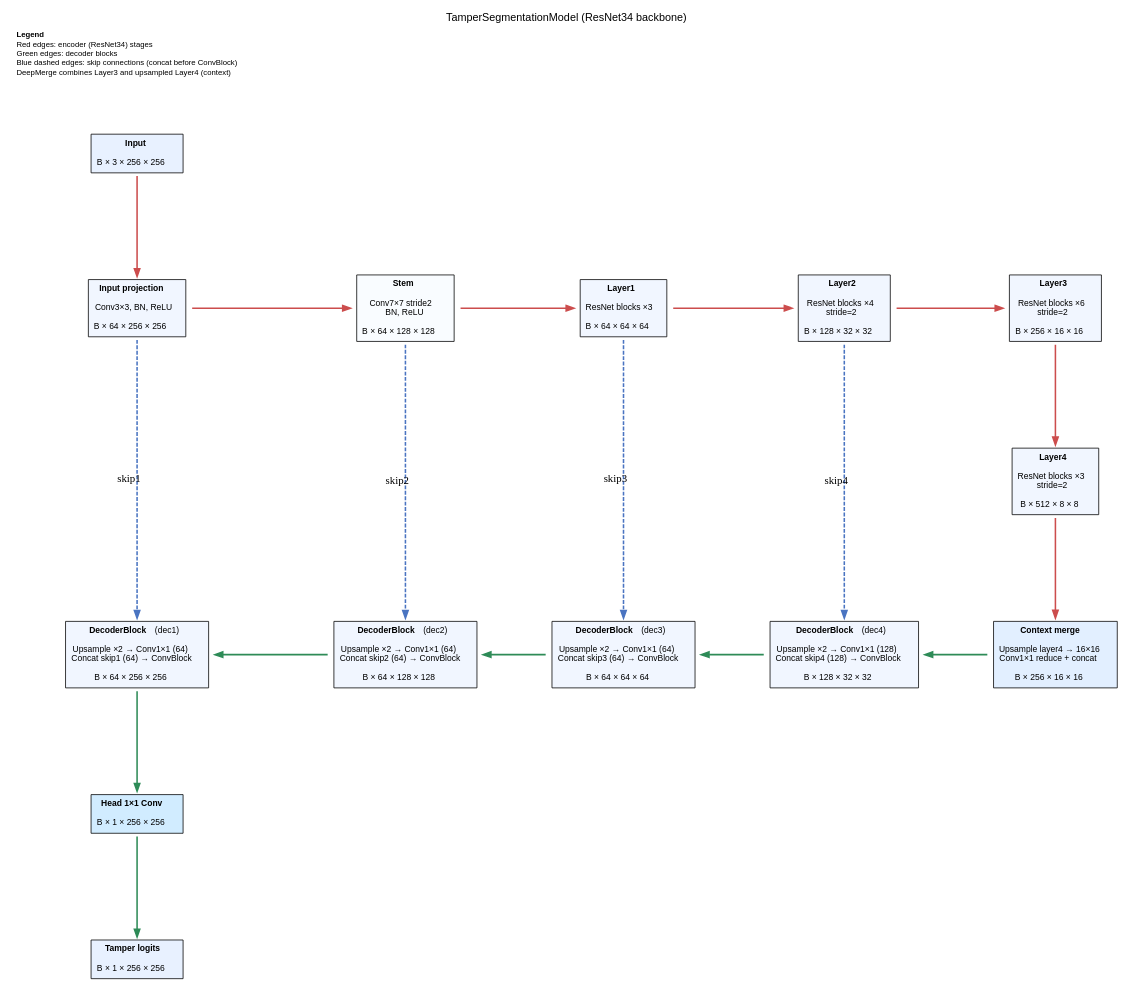
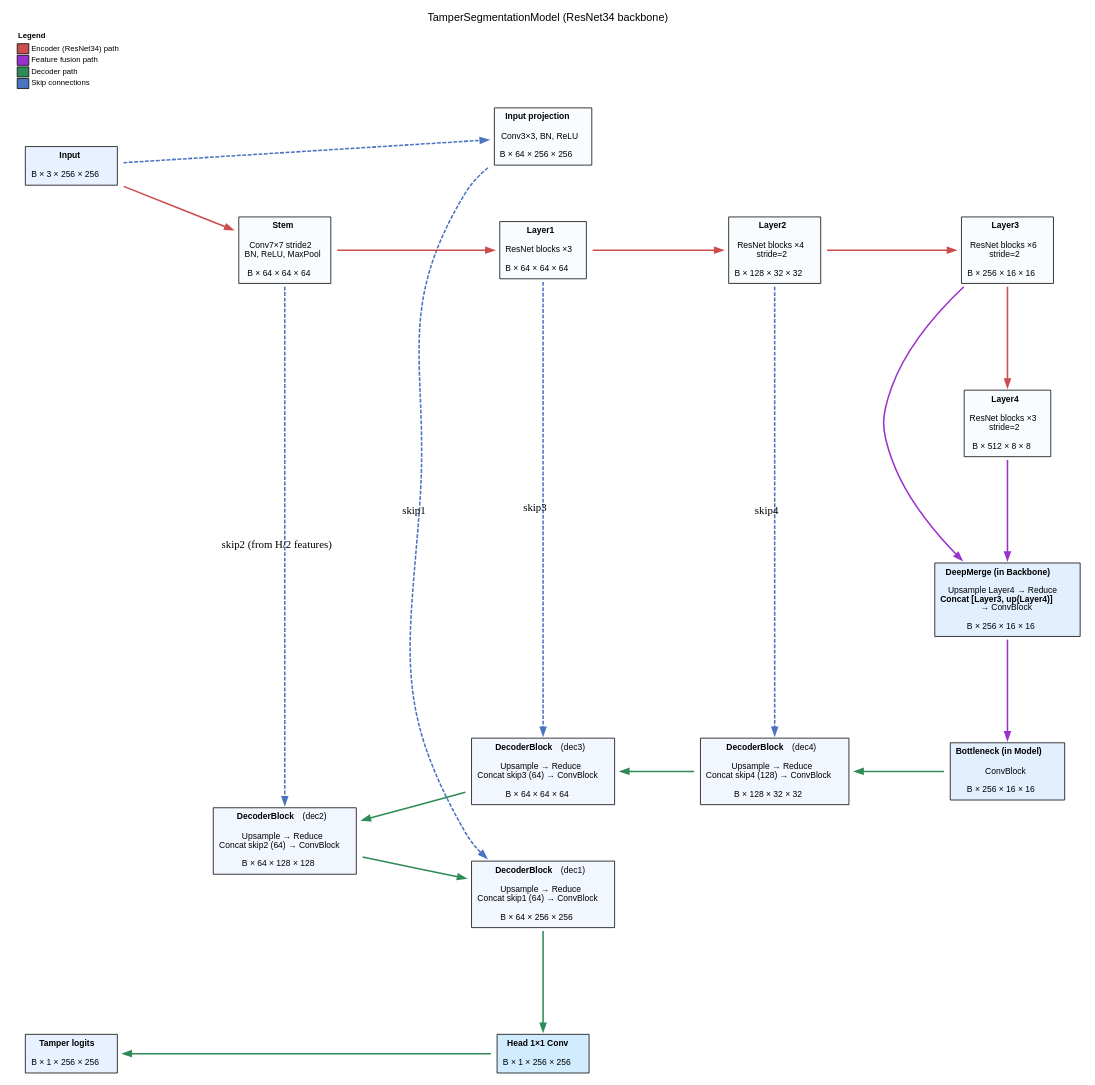
The diagram in docs/figures/TamperSegmentationModel.dot (BjarkeKarlsen/Deep-Learning-for-Visual-Recognition), drawn with Graphviz before and after one commit. The commit also changed 6 other files, not shown here.

Commit message:
improved logging and architecture diagram

```diff
--- a/docs/figures/TamperSegmentationModel.dot
+++ b/docs/figures/TamperSegmentationModel.dot
@@ -1,150 +1,170 @@
 digraph TamperSegmentationModel {
-  graph [rankdir=LR, splines=true, nodesep=0.9, ranksep=1.1,
+  graph [rankdir=LR, splines=true, nodesep=0.9, ranksep=1.3,
          fontname="Helvetica", fontsize=14,
          label="TamperSegmentationModel (ResNet34 backbone)", labelloc="t"];
   node  [shape=plaintext, fontname="Helvetica", fontsize=11];
   edge  [penwidth=2];
 
   // Encoder ---------------------------------------------------------------------
   Input [label=<
     <table border="1" cellborder="0" cellspacing="0" cellpadding="6" bgcolor="#e8f1ff">
       <tr><td><b>Input</b></td></tr>
       <tr><td>B × 3 × 256 × 256</td></tr>
     </table>
   >];
 
   InputProj [label=<
-    <table border="1" cellborder="0" cellspacing="0" cellpadding="6" bgcolor="#f1f6ff">
+    <table border="1" cellborder="0" cellspacing="0" cellpadding="6" bgcolor="#f9fcff">
       <tr><td><b>Input projection</b></td></tr>
       <tr><td>Conv3×3, BN, ReLU</td></tr>
       <tr><td>B × 64 × 256 × 256</td></tr>
     </table>
   >];
 
   Stem [label=<
     <table border="1" cellborder="0" cellspacing="0" cellpadding="6" bgcolor="#f9fcff">
       <tr><td><b>Stem</b></td></tr>
-      <tr><td>Conv7×7 stride2<br/>BN, ReLU</td></tr>
-      <tr><td>B × 64 × 128 × 128</td></tr>
+      <tr><td>Conv7×7 stride2<br/>BN, ReLU, MaxPool</td></tr>
+      <tr><td>B × 64 × 64 × 64</td></tr>
     </table>
   >];
 
   Layer1 [label=<
-    <table border="1" cellborder="0" cellspacing="0" cellpadding="6" bgcolor="#f1f6ff">
+    <table border="1" cellborder="0" cellspacing="0" cellpadding="6" bgcolor="#f9fcff">
       <tr><td><b>Layer1</b></td></tr>
       <tr><td>ResNet blocks ×3</td></tr>
       <tr><td>B × 64 × 64 × 64</td></tr>
     </table>
   >];
 
   Layer2 [label=<
-    <table border="1" cellborder="0" cellspacing="0" cellpadding="6" bgcolor="#f1f6ff">
+    <table border="1" cellborder="0" cellspacing="0" cellpadding="6" bgcolor="#f9fcff">
       <tr><td><b>Layer2</b></td></tr>
       <tr><td>ResNet blocks ×4<br/>stride=2</td></tr>
       <tr><td>B × 128 × 32 × 32</td></tr>
     </table>
   >];
 
   Layer3 [label=<
-    <table border="1" cellborder="0" cellspacing="0" cellpadding="6" bgcolor="#f1f6ff">
+    <table border="1" cellborder="0" cellspacing="0" cellpadding="6" bgcolor="#f9fcff">
       <tr><td><b>Layer3</b></td></tr>
       <tr><td>ResNet blocks ×6<br/>stride=2</td></tr>
       <tr><td>B × 256 × 16 × 16</td></tr>
     </table>
   >];
 
   Layer4 [label=<
-    <table border="1" cellborder="0" cellspacing="0" cellpadding="6" bgcolor="#f1f6ff">
+    <table border="1" cellborder="0" cellspacing="0" cellpadding="6" bgcolor="#f9fcff">
       <tr><td><b>Layer4</b></td></tr>
       <tr><td>ResNet blocks ×3<br/>stride=2</td></tr>
       <tr><td>B × 512 × 8 × 8</td></tr>
     </table>
   >];
 
+  // Corrected Bottleneck Area ----------------------------------------------------
   DeepMerge [label=<
     <table border="1" cellborder="0" cellspacing="0" cellpadding="6" bgcolor="#e2efff">
-      <tr><td><b>Context merge</b></td></tr>
-      <tr><td>Upsample layer4 → 16×16<br/>Conv1×1 reduce + concat</td></tr>
+      <tr><td><b>DeepMerge (in Backbone)</b></td></tr>
+      <tr><td>Upsample Layer4 → Reduce<br/><b>Concat [Layer3, up(Layer4)]</b><br/>→ ConvBlock</td></tr>
+      <tr><td>B × 256 × 16 × 16</td></tr>
+    </table>
+  >];
+
+  Bottleneck [label=<
+    <table border="1" cellborder="0" cellspacing="0" cellpadding="6" bgcolor="#e2efff">
+      <tr><td><b>Bottleneck (in Model)</b></td></tr>
+      <tr><td>ConvBlock</td></tr>
       <tr><td>B × 256 × 16 × 16</td></tr>
     </table>
   >];
 
   // Decoder ---------------------------------------------------------------------
   Dec4 [label=<
     <table border="1" cellborder="0" cellspacing="0" cellpadding="6" bgcolor="#f1f6ff">
       <tr><td><b>DecoderBlock</b> (dec4)</td></tr>
-      <tr><td>Upsample ×2 → Conv1×1 (128)<br/>Concat skip4 (128) → ConvBlock</td></tr>
+      <tr><td>Upsample → Reduce<br/>Concat skip4 (128) → ConvBlock</td></tr>
       <tr><td>B × 128 × 32 × 32</td></tr>
     </table>
   >];
 
   Dec3 [label=<
     <table border="1" cellborder="0" cellspacing="0" cellpadding="6" bgcolor="#f1f6ff">
       <tr><td><b>DecoderBlock</b> (dec3)</td></tr>
-      <tr><td>Upsample ×2 → Conv1×1 (64)<br/>Concat skip3 (64) → ConvBlock</td></tr>
+      <tr><td>Upsample → Reduce<br/>Concat skip3 (64) → ConvBlock</td></tr>
       <tr><td>B × 64 × 64 × 64</td></tr>
     </table>
   >];
 
   Dec2 [label=<
     <table border="1" cellborder="0" cellspacing="0" cellpadding="6" bgcolor="#f1f6ff">
       <tr><td><b>DecoderBlock</b> (dec2)</td></tr>
-      <tr><td>Upsample ×2 → Conv1×1 (64)<br/>Concat skip2 (64) → ConvBlock</td></tr>
+      <tr><td>Upsample → Reduce<br/>Concat skip2 (64) → ConvBlock</td></tr>
       <tr><td>B × 64 × 128 × 128</td></tr>
     </table>
   >];
 
   Dec1 [label=<
     <table border="1" cellborder="0" cellspacing="0" cellpadding="6" bgcolor="#f1f6ff">
       <tr><td><b>DecoderBlock</b> (dec1)</td></tr>
-      <tr><td>Upsample ×2 → Conv1×1 (64)<br/>Concat skip1 (64) → ConvBlock</td></tr>
+      <tr><td>Upsample → Reduce<br/>Concat skip1 (64) → ConvBlock</td></tr>
       <tr><td>B × 64 × 256 × 256</td></tr>
     </table>
   >];
 
   Head [label=<
     <table border="1" cellborder="0" cellspacing="0" cellpadding="6" bgcolor="#d1ecff">
       <tr><td><b>Head 1×1 Conv</b></td></tr>
       <tr><td>B × 1 × 256 × 256</td></tr>
     </table>
   >];
 
   Output [label=<
     <table border="1" cellborder="0" cellspacing="0" cellpadding="6" bgcolor="#e8f1ff">
       <tr><td><b>Tamper logits</b></td></tr>
       <tr><td>B × 1 × 256 × 256</td></tr>
     </table>
   >];
 
-  // Encoder edges
+  // CORRECTED EDGES
+  // Main encoder path (now starts from Input)
   edge [color="#cc4d4d"];
-  Input -> InputProj -> Stem -> Layer1 -> Layer2 -> Layer3 -> Layer4 -> DeepMerge;
+  Input -> Stem -> Layer1 -> Layer2 -> Layer3 -> Layer4;
 
-  // Decoder edges
+  // Bottleneck fusion edges
+  edge [color="#9932CC"]; // Purple for fusion
+  Layer3 -> DeepMerge [constraint=false];
+  Layer4 -> DeepMerge;
+  DeepMerge -> Bottleneck;
+
+  // Decoder path
   edge [color="#2e8b57"];
-  DeepMerge -> Dec4 -> Dec3 -> Dec2 -> Dec1 -> Head -> Output;
+  Bottleneck -> Dec4 -> Dec3 -> Dec2 -> Dec1 -> Head -> Output;
 
-  // Skip connections
+  // Skip connections and their origins
   edge [color="#4a74c1", style=dashed];
+  Input -> InputProj; // Path to create the skip1 features
+  InputProj -> Dec1 [label="skip1", constraint=false];
+  
+  Stem -> Dec2 [label="skip2 (from H/2 features)", constraint=false];
+  Layer1 -> Dec3 [label="skip3", constraint=false];
   Layer2 -> Dec4 [label="skip4", constraint=false];
-  Layer1 -> Dec3 [label="skip3", constraint=false];
-  Stem    -> Dec2 [label="skip2", constraint=false];
-  InputProj -> Dec1 [label="skip1", constraint=false];
+
 
   // Rank alignment for U shape
-  {rank=same; Input; InputProj; Dec1; Head; Output}
+  {rank=same; Input; Output}
+  {rank=same; InputProj; Dec1; Head}
   {rank=same; Stem; Dec2}
   {rank=same; Layer1; Dec3}
   {rank=same; Layer2; Dec4}
-  {rank=same; Layer3; Layer4; DeepMerge}
+  {rank=same; Layer3; Layer4; DeepMerge; Bottleneck}
 
   Legend [shape=plaintext, fontsize=10, label=<
-    <table border="0" cellborder="0" cellspacing="1" cellpadding="0" align="left">
-      <tr><td align="left"><b>Legend</b></td></tr>
-      <tr><td align="left">Red edges: encoder (ResNet34) stages</td></tr>
-      <tr><td align="left">Green edges: decoder blocks</td></tr>
-      <tr><td align="left">Blue dashed edges: skip connections (concat before ConvBlock)</td></tr>
-      <tr><td align="left">DeepMerge combines Layer3 and upsampled Layer4 (context)</td></tr>
+    <table border="0" cellborder="0" cellspacing="2" cellpadding="1" align="left">
+      <tr><td align="left" colspan="2"><b>Legend</b></td></tr>
+      <tr><td BORDER="1" BGCOLOR="#cc4d4d" width="15"></td><td align="left">Encoder (ResNet34) path</td></tr>
+      <tr><td BORDER="1" BGCOLOR="#9932CC" width="15"></td><td align="left">Feature fusion path</td></tr>
+      <tr><td BORDER="1" BGCOLOR="#2e8b57" width="15"></td><td align="left">Decoder path</td></tr>
+      <tr><td BORDER="1" BGCOLOR="#4a74c1" width="15"></td><td align="left">Skip connections</td></tr>
     </table>
   >];
 }
```
